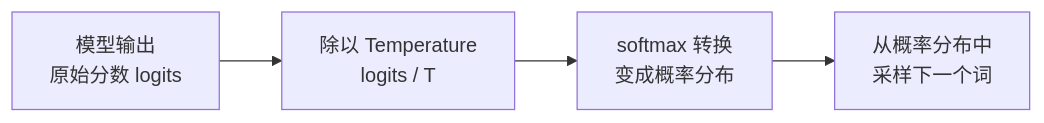
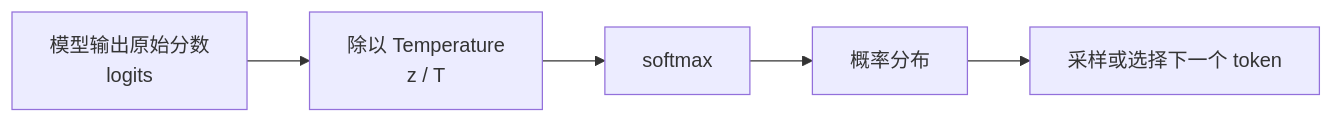
One commit to Unclecheng-li/Hello-AI changed the second of 5 diagrams in docs/basics/temperature-sampling.md. Above: the diagram before and after it, drawn with Mermaid. The commit also changed other lines of this file and 33 other files, not shown here.

````diff
--- a/docs/basics/temperature-sampling.md
+++ b/docs/basics/temperature-sampling.md
@@ -43,6 +114,7 @@
-```mermaid
+~~~mermaid
 flowchart LR
-    A[模型输出<br/>原始分数 logits] --> B["除以 Temperature<br/>logits / T"]
-    B --> C[softmax 转换<br/>变成概率分布]
-    C --> D[从概率分布中<br/>采样下一个词]
-```
+    A[模型输出原始分数<br/>logits] --> B[除以 Temperature<br/>z / T]
+    B --> C[softmax]
+    C --> D[概率分布]
+    D --> E[采样或选择下一个 token]
+~~~
````
